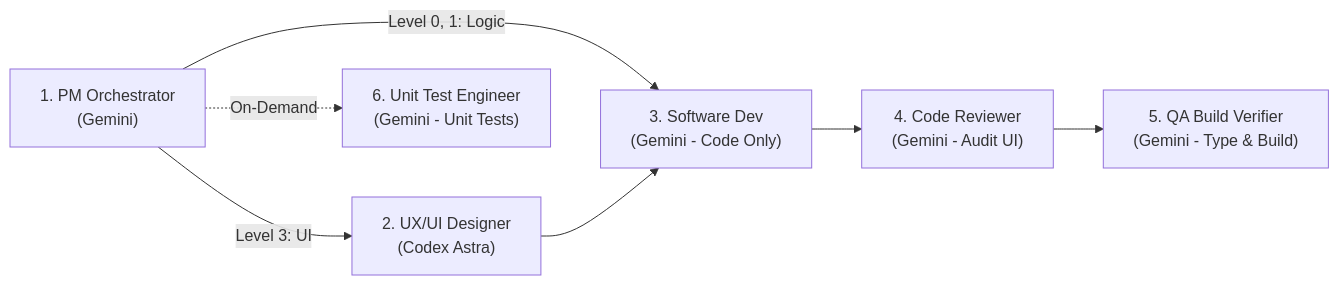
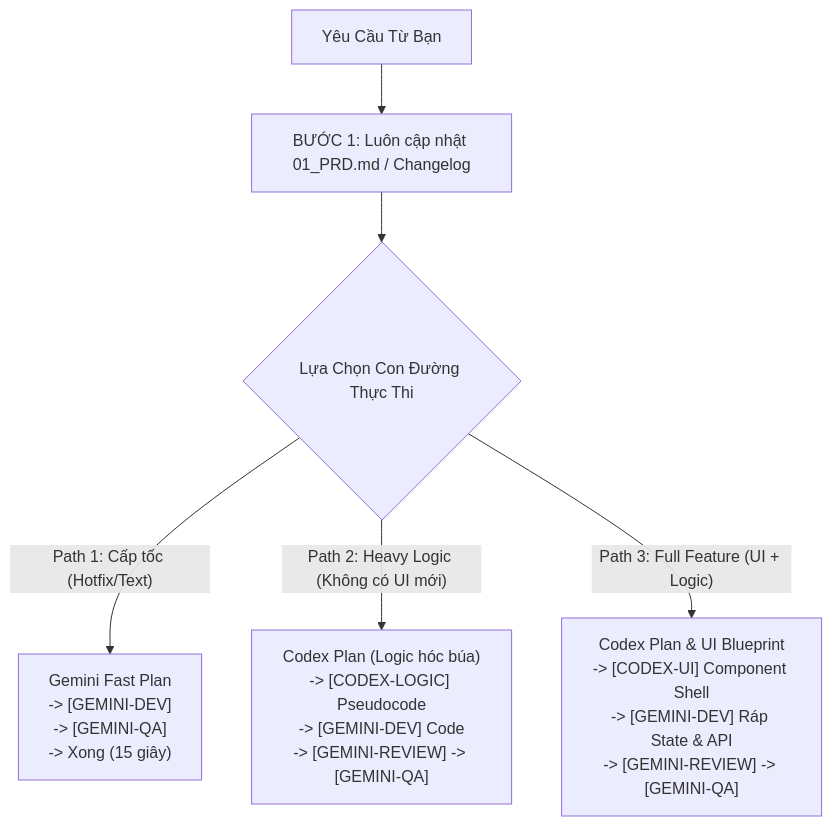
The diagram in README.md (phongbm/craft-squad), drawn with Mermaid before and after one commit. The commit also changed other lines of this file and 6 other files, not shown here.

````diff
--- a/README.md
+++ b/README.md
@@ -12,9 +37,12 @@
 ```mermaid
-flowchart LR
-    PM["1. PM Orchestrator\n(Gemini)"] -->|"Level 3: UI"| UI["2. UX/UI Designer\n(Codex Astra)"]
-    PM -->|"Level 0, 1: Logic"| DEV["3. Software Dev\n(Gemini - Code Only)"]
-    UI --> DEV
-    DEV --> REV["4. Code Reviewer\n(Gemini - Audit UI)"]
-    REV --> QA["5. QA Build Verifier\n(Gemini - Type & Build)"]
-    PM -.->|"On-Demand"| UT["6. Unit Test Engineer\n(Gemini - Unit Tests)"]
+flowchart TD
+    User["Yêu Cầu Từ Bạn"] --> Step1["BƯỚC 1: Luôn cập nhật 01_PRD.md / Changelog"]
+    
+    Step1 --> PathChoice{"Lựa Chọn Con Đường Thực Thi"}
+    
+    PathChoice -->|"Path 1: Cấp tốc (Hotfix/Text)"| P1["Gemini Fast Plan\n-> [GEMINI-DEV]\n-> [GEMINI-QA]\n-> Xong (15 giây)"]
+    
+    PathChoice -->|"Path 2: Heavy Logic (Không có UI mới)"| P2["Codex Plan (Logic hóc búa)\n-> [CODEX-LOGIC] Pseudocode\n-> [GEMINI-DEV] Code\n-> [GEMINI-REVIEW] -> [GEMINI-QA]"]
+    
+    PathChoice -->|"Path 3: Full Feature (UI + Logic)"| P3["Codex Plan & UI Blueprint\n-> [CODEX-UI] Component Shell\n-> [GEMINI-DEV] Ráp State & API\n-> [GEMINI-REVIEW] -> [GEMINI-QA]"]
 ```
````
